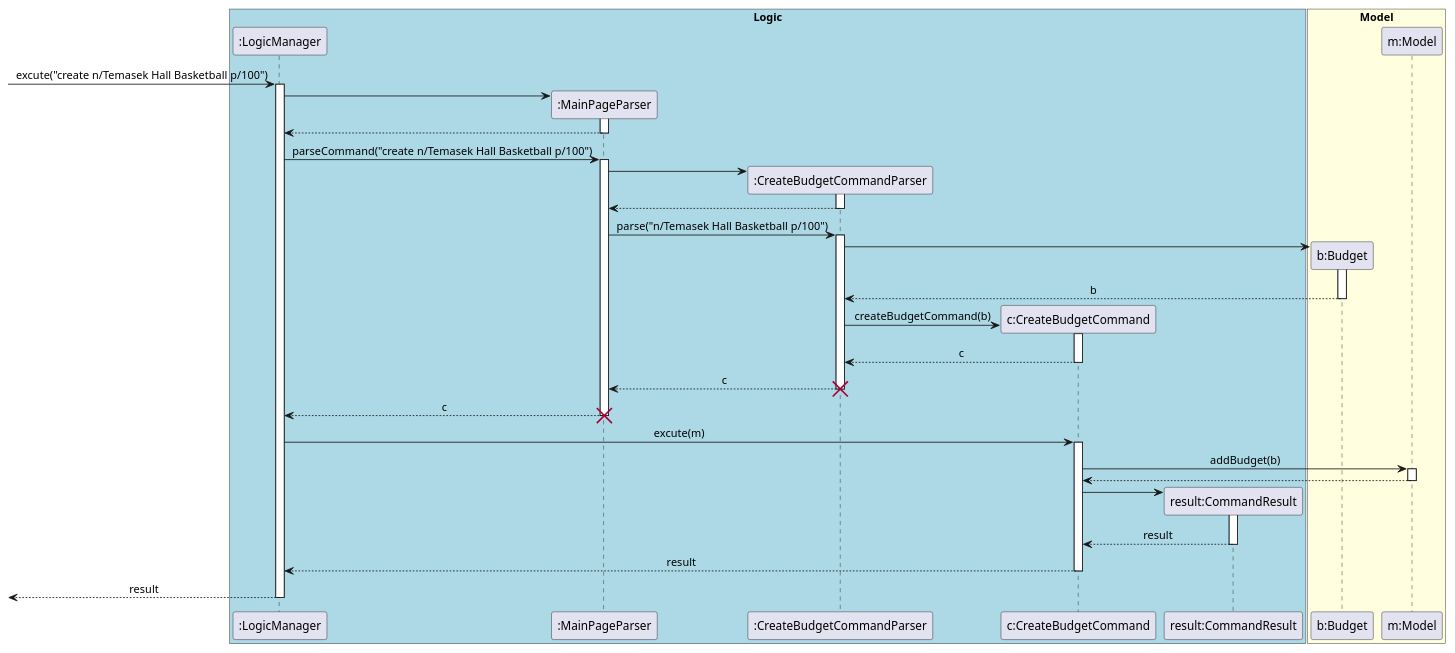
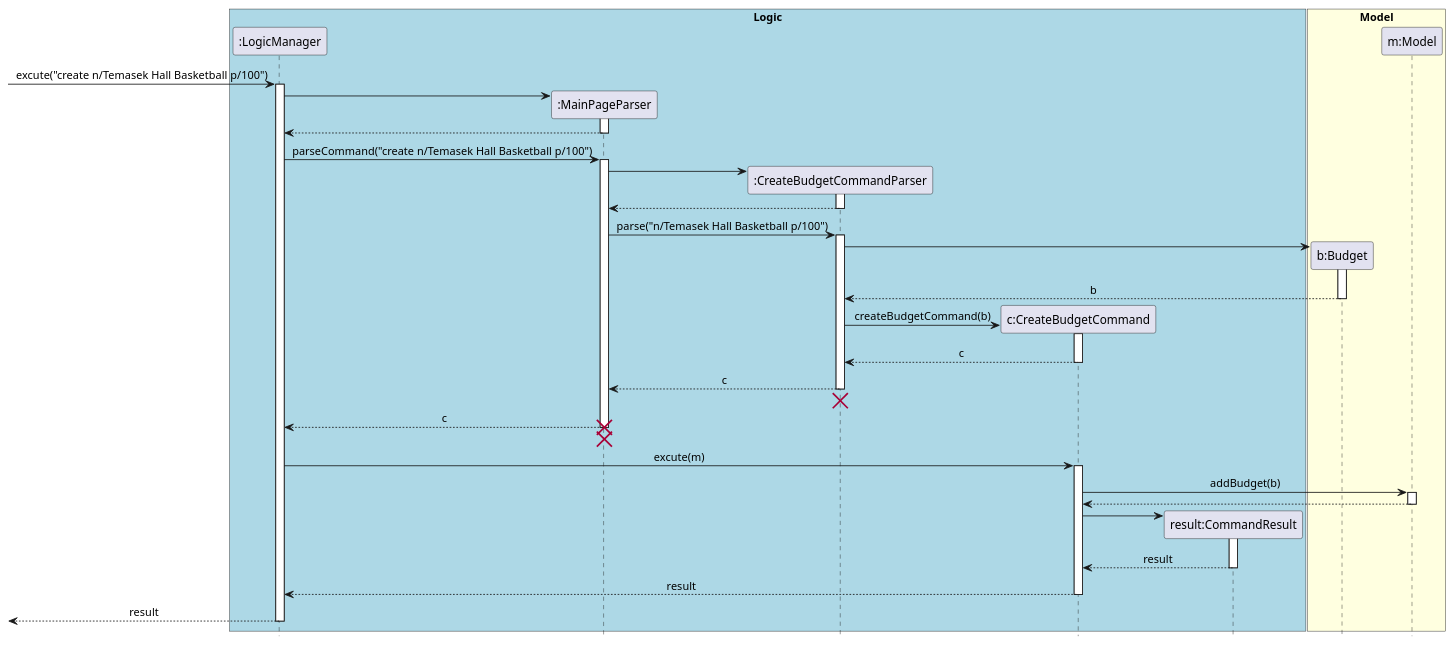
The diagram in docs/diagrams/commandsPlantUML/CreateBudgetCommand.puml (yu-ming-chen/tp), drawn with PlantUML before and after one commit. The commit also changed 6 other files, not shown here.

Commit message:
Fix ug diagram and add PPP

```diff
--- a/docs/diagrams/commandsPlantUML/CreateBudgetCommand.puml
+++ b/docs/diagrams/commandsPlantUML/CreateBudgetCommand.puml
@@ -1,75 +1,81 @@
 @startuml
 skinparam Sequence {
     MessageAlign center
+
 }
+hide footbox
 box "Logic" #LightBlue
 participant ":LogicManager" as LM
 participant ":MainPageParser" as MPP
 participant ":CreateBudgetCommandParser" as CBCP
 participant "c:CreateBudgetCommand" as CBC
 participant "result:CommandResult" as CR
 end box
 
 box "Model" #LightYellow
 participant "b:Budget" as Budget
 participant "m:Model" as M
 end box
 
 [-> LM : excute("create n/Temasek Hall Basketball p/100")
 activate LM
 create MPP
 LM -> MPP
 activate MPP
 LM <-- MPP
 deactivate MPP
 LM -> MPP : parseCommand("create n/Temasek Hall Basketball p/100")
 activate MPP
 
 create CBCP
 MPP -> CBCP
 activate CBCP
 MPP <-- CBCP
 deactivate CBCP
 MPP -> CBCP : parse("n/Temasek Hall Basketball p/100")
 activate CBCP
 
 create Budget
 CBCP -> Budget
 activate Budget
 CBCP <-- Budget : b
 deactivate Budget
 
 create CBC
 CBCP -> CBC : createBudgetCommand(b)
 activate CBC
 CBCP <-- CBC : c
 deactivate CBC
 MPP <-- CBCP : c
-
+deactivate CBCP
+MPP <-[hidden]- CBCP
 destroy CBCP
 
 deactivate CBCP
 LM <-- MPP : c
 deactivate MPP
+destroy MPP
+
+LM <-[hidden]- MPP
 destroy MPP
 
 LM -> CBC: excute(m)
 
 activate CBC
 CBC -> M : addBudget(b)
 activate M
 CBC <-- M
 deactivate M
 
 create CR
 CBC -> CR
 activate CR
 CBC <-- CR :result
 deactivate CR
 
 LM <-- CBC: result
 deactivate CBC
 [<-- LM: result
 deactivate LM
 
 @enduml
```
